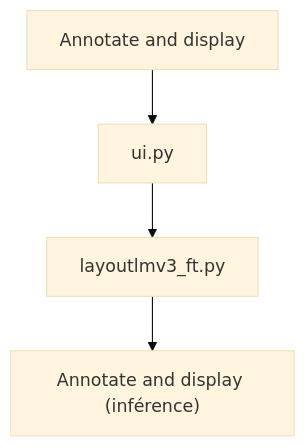
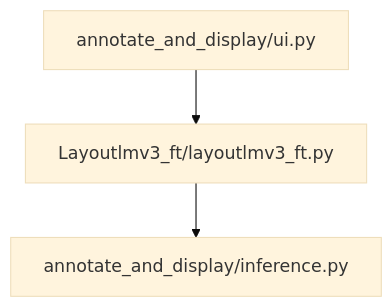
The diagram in README.md (camillebrl/doc_custom_extraction), drawn with Mermaid (base theme) before and after one commit. The commit also changed 2 other files, not shown here.

Commit message:
correction affichage flowchart dans readme

````diff
--- a/README.md
+++ b/README.md
@@ -34,6 +34,5 @@
 ```mermaid
 flowchart TD
-  A["Annotate and display"] --> B["ui.py"]
-  B --> C["layoutlmv3_ft.py"]
-  C --> D["Annotate and display (inférence)"]
+  A["annotate_and_display/ui.py"] --> B["Layoutlmv3_ft/layoutlmv3_ft.py"]
+  B --> C["annotate_and_display/inference.py"]
 ```
````
